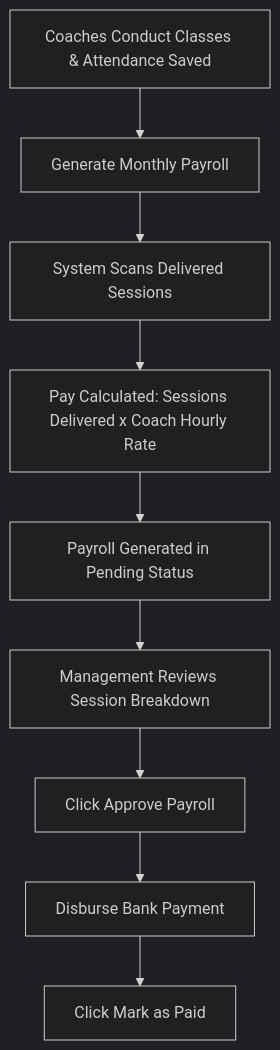
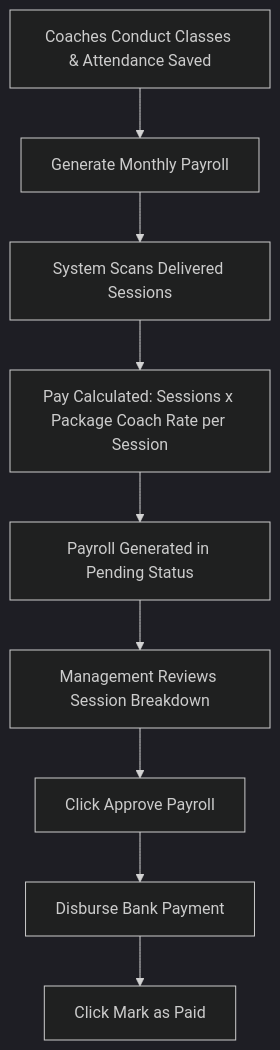
One commit to salehuddin/Xchess-Academy-OS changed the diagram in docs/workflows/04-coaches-and-payroll.md. Above: the diagram before and after it, drawn with Mermaid (dark theme). The commit also changed other lines of this file and 5 other files, not shown here.

````diff
--- a/docs/workflows/04-coaches-and-payroll.md
+++ b/docs/workflows/04-coaches-and-payroll.md
@@ -9,11 +9,11 @@
 ```mermaid
 graph TD
     A[Coaches Conduct Classes & Attendance Saved] --> B[Generate Monthly Payroll]
     B --> C[System Scans Delivered Sessions]
-    C --> D[Pay Calculated: Sessions Delivered x Coach Hourly Rate]
+    C --> D[Pay Calculated: Sessions x Package Coach Rate per Session]
     D --> E[Payroll Generated in Pending Status]
     E --> F[Management Reviews Session Breakdown]
     F --> G[Click Approve Payroll]
     G --> H[Disburse Bank Payment]
     H --> I[Click Mark as Paid]
 ```
````
